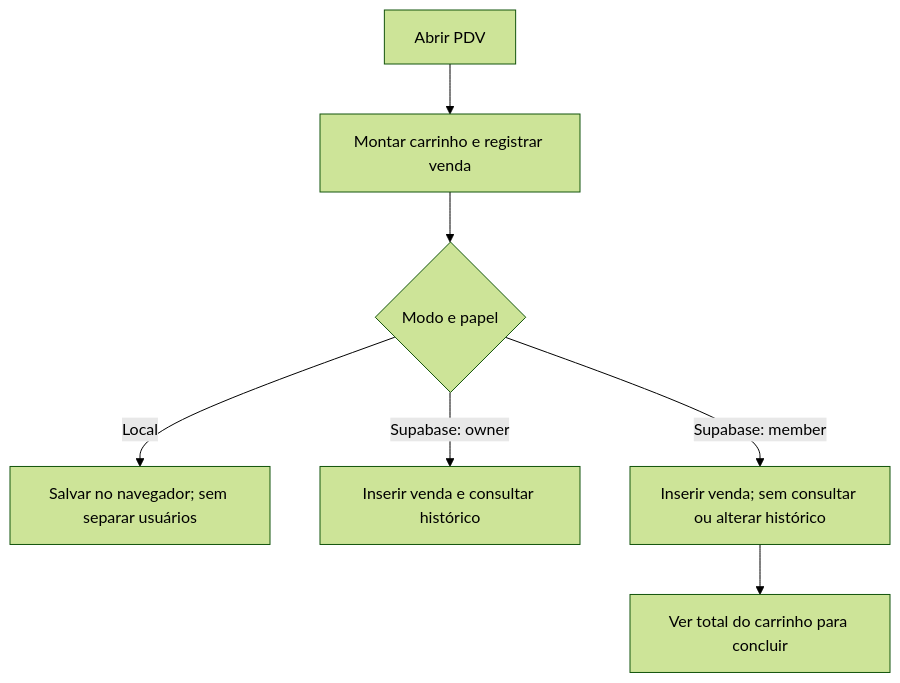
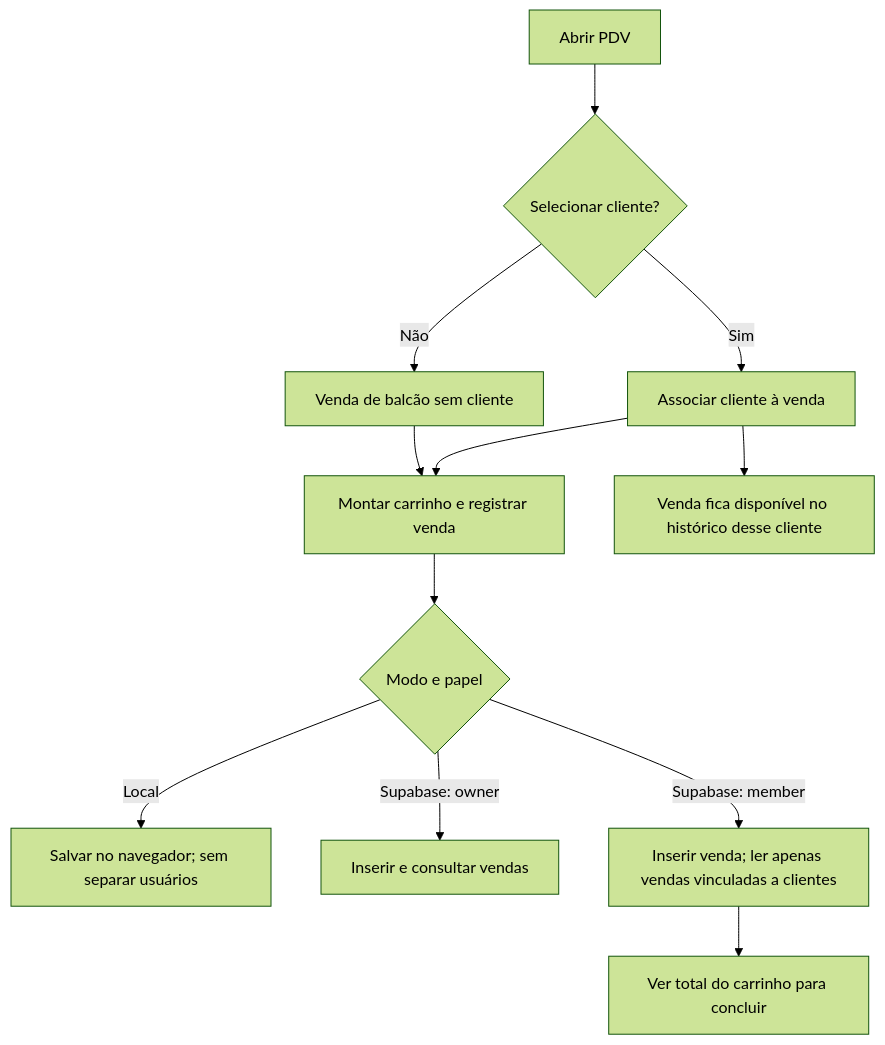
One commit to rockbca-dotcom/grafica-livre changed the second of 6 diagrams in FLUXOGRAMA.md. Above: the diagram before and after it, drawn with Mermaid (forest theme). The commit also changed other lines of this file and 11 other files, not shown here.

Commit message:
feat(clientes): exiba histórico de pedidos por cliente

````diff
--- a/FLUXOGRAMA.md
+++ b/FLUXOGRAMA.md
@@ -30,9 +31,14 @@
 ```mermaid
 flowchart TD
-    PDV[Abrir PDV] --> ADD[Montar carrinho e registrar venda]
+    PDV[Abrir PDV] --> CLIENTE{Selecionar cliente?}
+    CLIENTE -->|Sim| ASSOCIAR[Associar cliente à venda]
+    CLIENTE -->|Não| SEM[Venda de balcão sem cliente]
+    ASSOCIAR --> ADD[Montar carrinho e registrar venda]
+    SEM --> ADD
     ADD --> ROLE{Modo e papel}
     ROLE -->|Local| LOCAL[Salvar no navegador; sem separar usuários]
-    ROLE -->|Supabase: owner| OWNER[Inserir venda e consultar histórico]
-    ROLE -->|Supabase: member| MEMBER[Inserir venda; sem consultar ou alterar histórico]
+    ROLE -->|Supabase: owner| OWNER[Inserir e consultar vendas]
+    ROLE -->|Supabase: member| MEMBER[Inserir venda; ler apenas vendas vinculadas a clientes]
     MEMBER --> TOTAL[Ver total do carrinho para concluir]
+    ASSOCIAR --> HIST[Venda fica disponível no histórico desse cliente]
 ```
````
